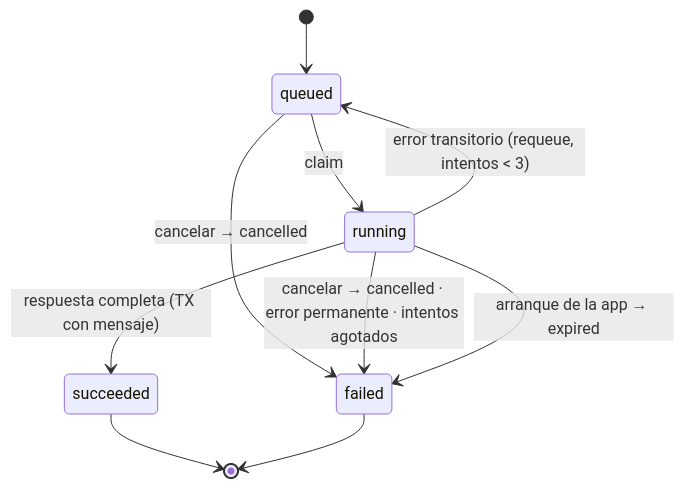
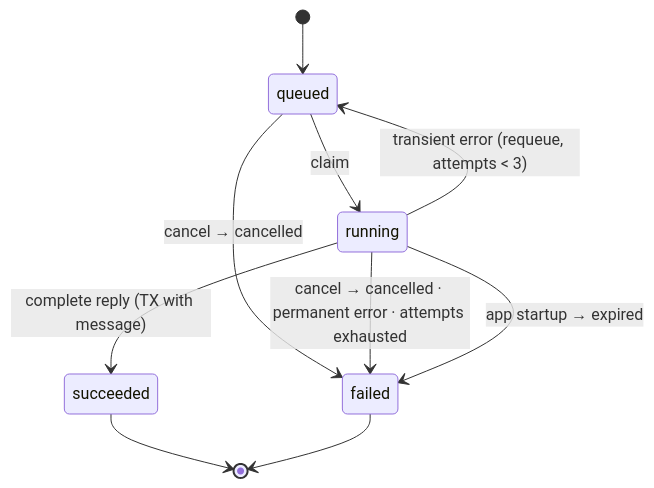
Before and after one commit to Dach3r/meelting: the seventh of 8 diagrams in docs/architecture/conversation-engine.md, drawn with Mermaid. The commit also changed other lines of this file, not shown here.

````diff
--- a/docs/architecture/conversation-engine.md
+++ b/docs/architecture/conversation-engine.md
@@ -346,12 +346,12 @@
 ```mermaid
 stateDiagram-v2
     [*] --> queued
     queued --> running: claim
-    running --> succeeded: respuesta completa (TX con mensaje)
-    running --> queued: error transitorio (requeue, intentos < 3)
-    queued --> failed: cancelar → cancelled
-    running --> failed: cancelar → cancelled · error permanente · intentos agotados
-    running --> failed: arranque de la app → expired
+    running --> succeeded: complete reply (TX with message)
+    running --> queued: transient error (requeue, attempts < 3)
+    queued --> failed: cancel → cancelled
+    running --> failed: cancel → cancelled · permanent error · attempts exhausted
+    running --> failed: app startup → expired
     succeeded --> [*]
     failed --> [*]
 ```
````
